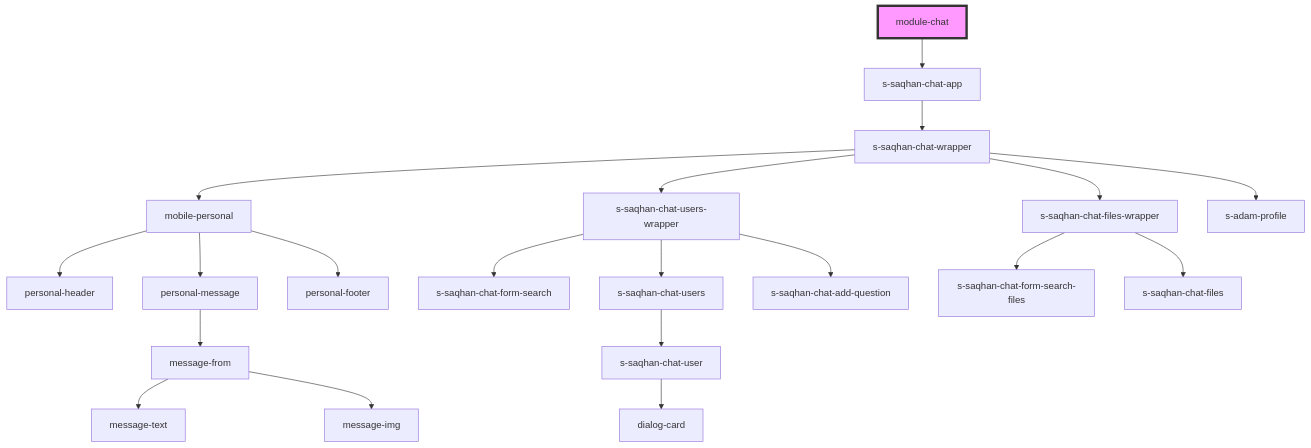
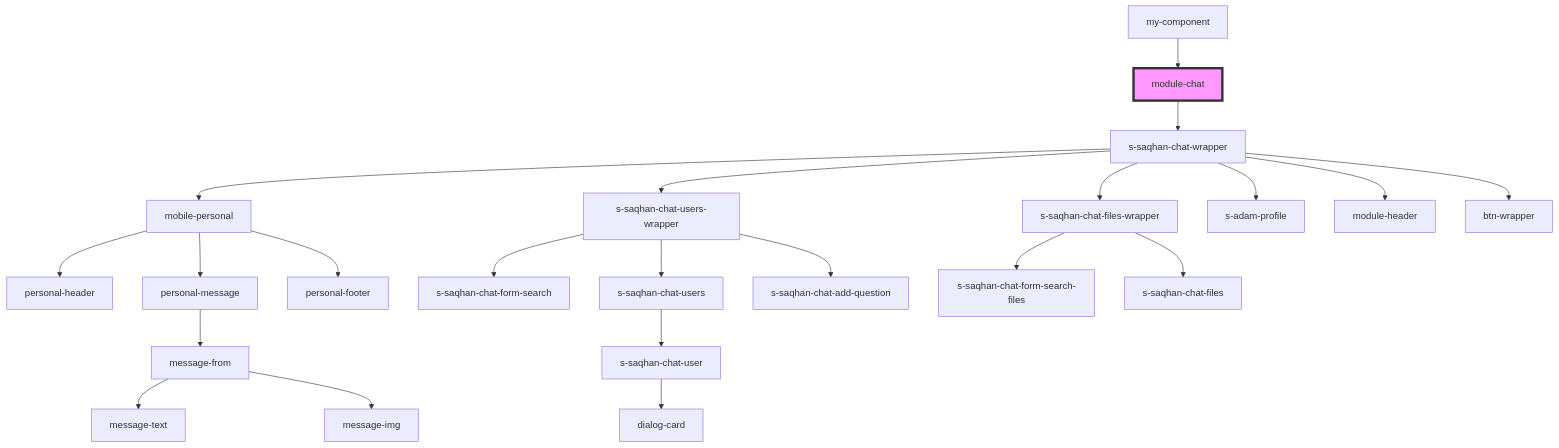
The diagram in src/components/module/module-chat/readme.md (saqhan/stencil-chat), drawn with Mermaid before and after one commit. The commit also changed other lines of this file and 52 other files, not shown here.

````diff
--- a/src/components/module/module-chat/readme.md
+++ b/src/components/module/module-chat/readme.md
@@ -15,23 +19,25 @@
 ```mermaid
 graph TD;
-  module-chat --> s-saqhan-chat-app
-  s-saqhan-chat-app --> s-saqhan-chat-wrapper
+  module-chat --> s-saqhan-chat-wrapper
   s-saqhan-chat-wrapper --> mobile-personal
   s-saqhan-chat-wrapper --> s-saqhan-chat-users-wrapper
   s-saqhan-chat-wrapper --> s-saqhan-chat-files-wrapper
   s-saqhan-chat-wrapper --> s-adam-profile
+  s-saqhan-chat-wrapper --> module-header
+  s-saqhan-chat-wrapper --> btn-wrapper
   mobile-personal --> personal-header
   mobile-personal --> personal-message
   mobile-personal --> personal-footer
   personal-message --> message-from
   message-from --> message-text
   message-from --> message-img
   s-saqhan-chat-users-wrapper --> s-saqhan-chat-form-search
   s-saqhan-chat-users-wrapper --> s-saqhan-chat-users
   s-saqhan-chat-users-wrapper --> s-saqhan-chat-add-question
   s-saqhan-chat-users --> s-saqhan-chat-user
   s-saqhan-chat-user --> dialog-card
   s-saqhan-chat-files-wrapper --> s-saqhan-chat-form-search-files
   s-saqhan-chat-files-wrapper --> s-saqhan-chat-files
+  my-component --> module-chat
   style module-chat fill:#f9f,stroke:#333,stroke-width:4px
 ```
````
